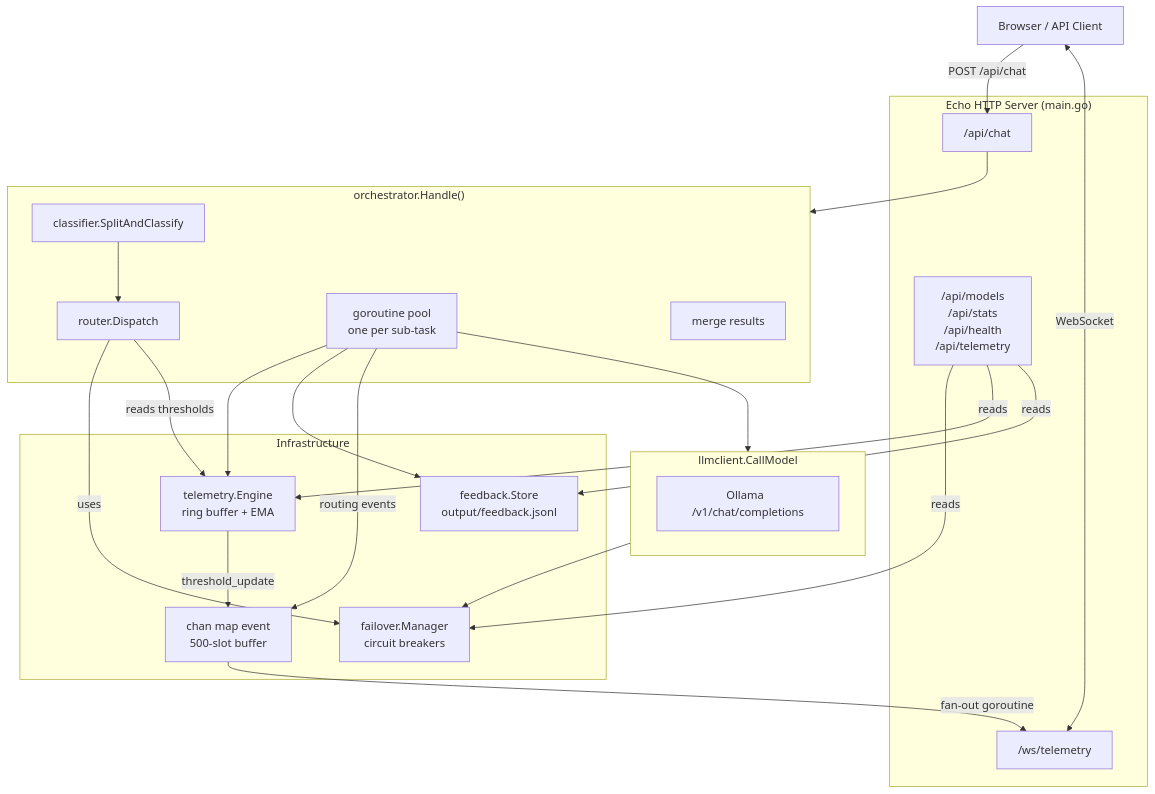
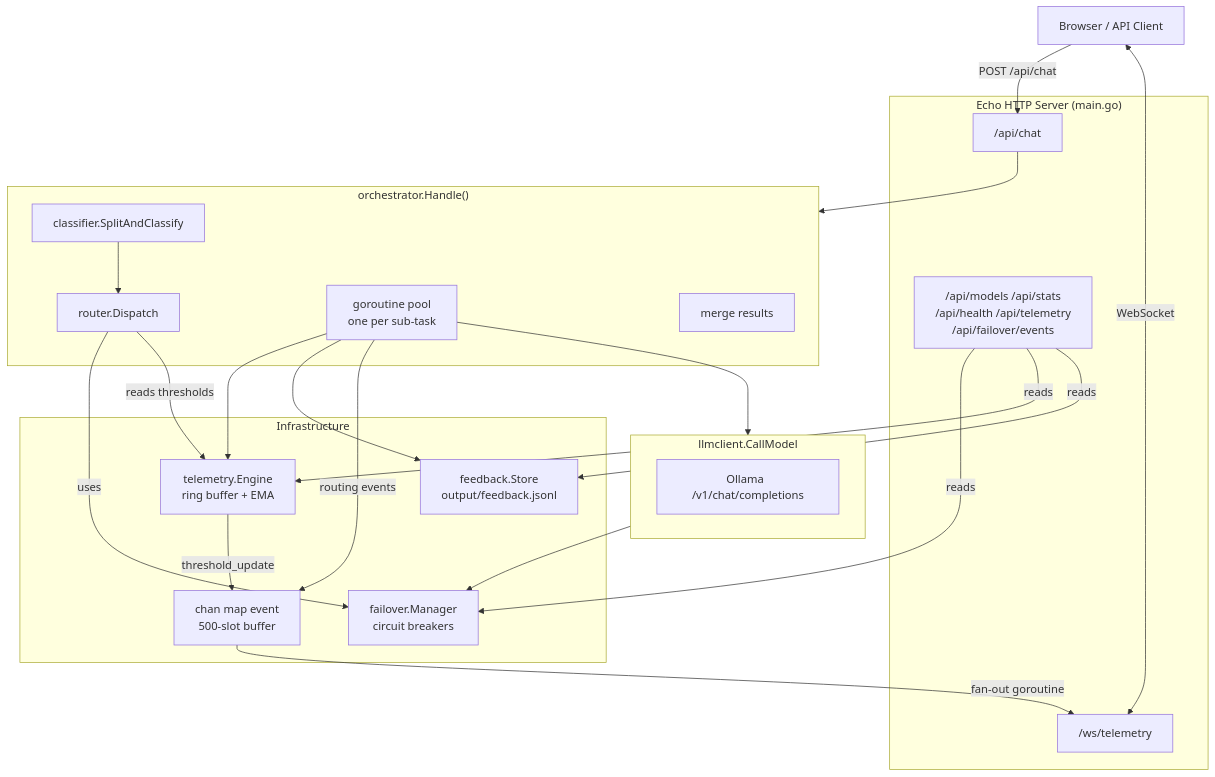
One commit to aairom/multillm-taskrouting changed the first of 4 diagrams in v5-go-implementation/Docs/Architecture.md. Above: the diagram before and after it, drawn with Mermaid. The commit also changed 4 other files, not shown here.

````diff
--- a/v5-go-implementation/Docs/Architecture.md
+++ b/v5-go-implementation/Docs/Architecture.md
@@ -13,45 +13,45 @@
 ```mermaid
 flowchart TD
     Client["Browser / API Client"]
 
     subgraph Echo["Echo HTTP Server  (main.go)"]
         POST["/api/chat"]
         WS["/ws/telemetry"]
-        StaticAPI["/api/models\n/api/stats\n/api/health\n/api/telemetry"]
+        StaticAPI["/api/models  /api/stats\n/api/health  /api/telemetry\n/api/failover/events"]
     end
 
     subgraph Orchestrator["orchestrator.Handle()"]
         Splitter["classifier.SplitAndClassify"]
         Dispatch["router.Dispatch"]
         ExecPool["goroutine pool\none per sub-task"]
         Merge["merge results"]
     end
 
     subgraph LLM["llmclient.CallModel"]
         Ollama["Ollama  /v1/chat/completions"]
     end
 
     subgraph Infrastructure
         FM["failover.Manager\ncircuit breakers"]
         Telem["telemetry.Engine\nring buffer + EMA"]
         FB["feedback.Store\noutput/feedback.jsonl"]
         EventCh["chan map event\n500-slot buffer"]
     end
 
     Client -->|POST /api/chat| POST
     Client <-->|WebSocket| WS
     POST --> Orchestrator
     Splitter --> Dispatch
     Dispatch -->|uses| FM
     Dispatch -->|reads thresholds| Telem
     ExecPool --> LLM
     LLM --> FM
     ExecPool --> Telem
     ExecPool --> FB
     ExecPool -->|routing events| EventCh
     Telem -->|threshold_update| EventCh
     EventCh -->|fan-out goroutine| WS
     StaticAPI -->|reads| FM
     StaticAPI -->|reads| Telem
     StaticAPI -->|reads| FB
 ```
````
